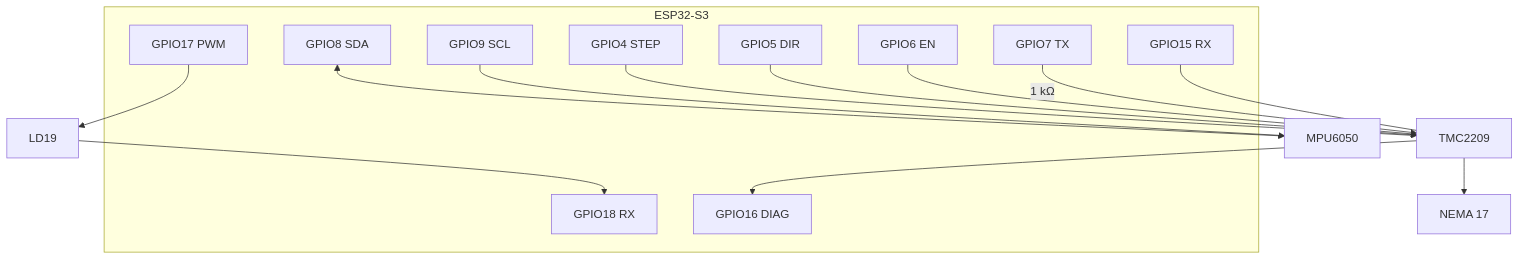
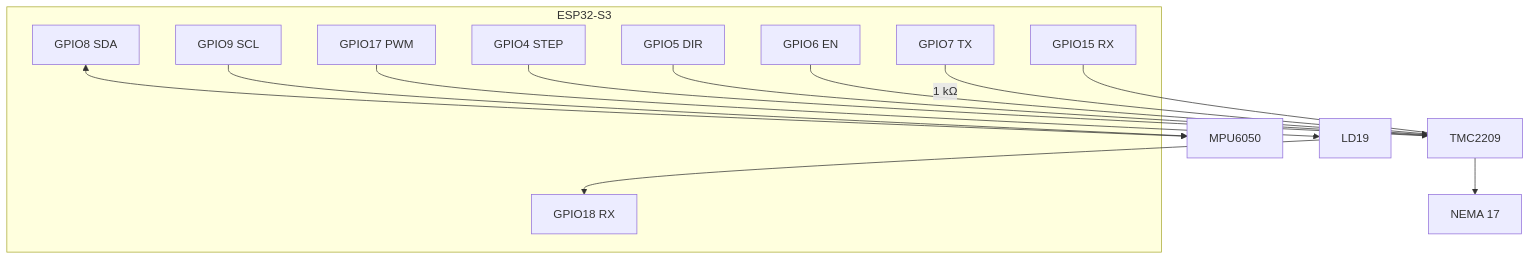
One commit to gloret29/lidar changed the second of 2 diagrams in docs/wiring.md. Above: the diagram before and after it, drawn with Mermaid. The commit also changed other lines of this file and 13 other files, not shown here.

````diff
--- a/docs/wiring.md
+++ b/docs/wiring.md
@@ -103,26 +102,24 @@
 ```mermaid
 flowchart TB
   subgraph ESP["ESP32-S3"]
     G18[GPIO18 RX]
     G17[GPIO17 PWM]
     G8[GPIO8 SDA]
     G9[GPIO9 SCL]
     G4[GPIO4 STEP]
     G5[GPIO5 DIR]
     G6[GPIO6 EN]
     G7[GPIO7 TX]
     G15[GPIO15 RX]
-    G16[GPIO16 DIAG]
   end
   LD19["LD19"] --> G18
   G17 --> LD19
   G8 <--> MPU["MPU6050"]
   G9 --> MPU
   G4 --> TMC["TMC2209"]
   G5 --> TMC
   G6 --> TMC
   G7 -->|1 kΩ| TMC
   G15 --- TMC
-  TMC --> G16
   TMC --> MOT["NEMA 17"]
 ```
````
